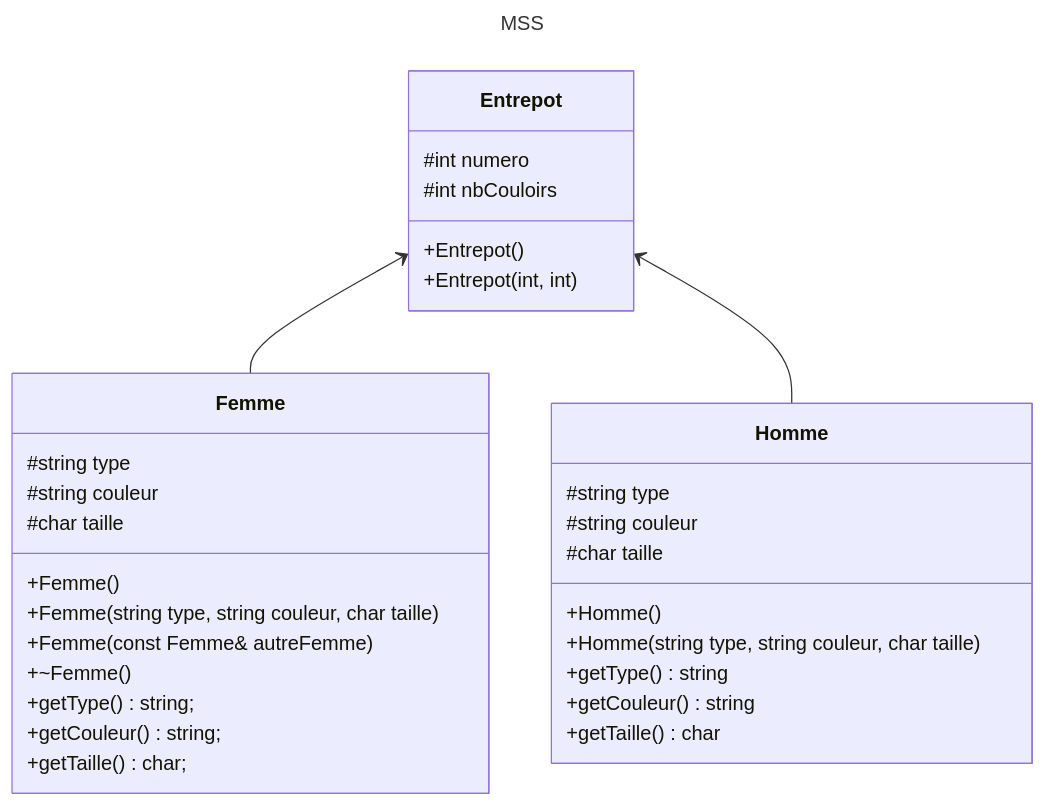
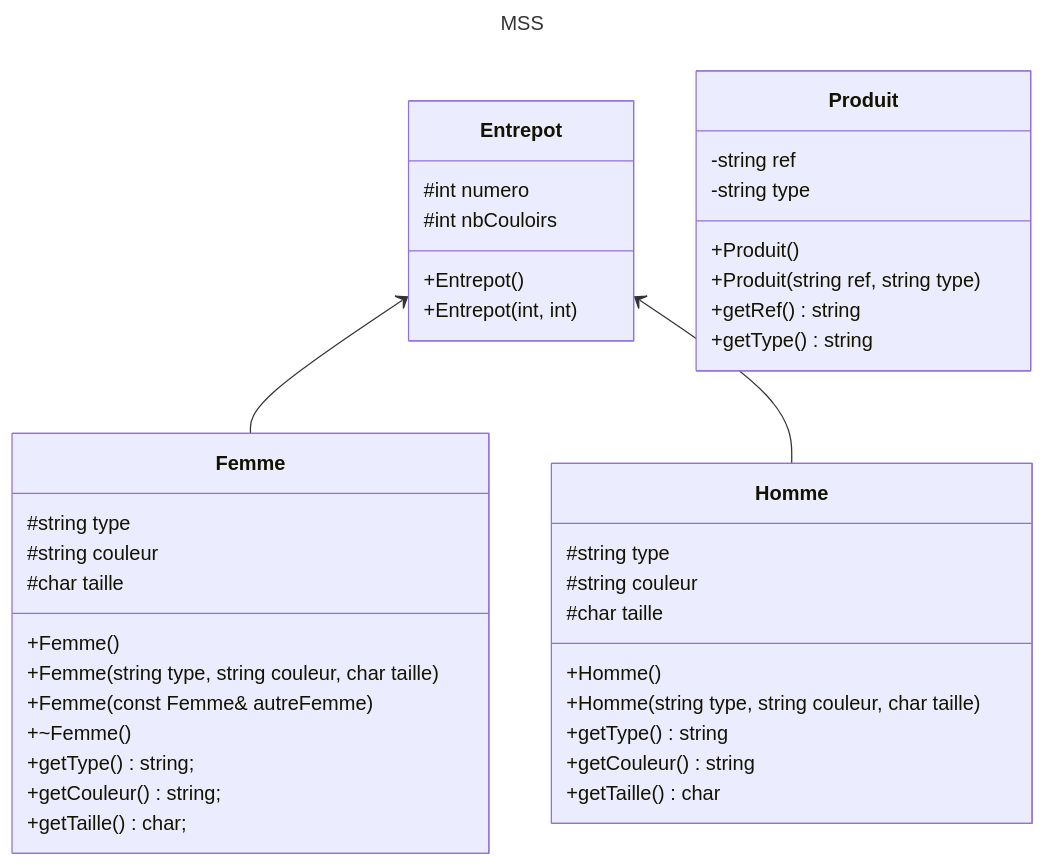
The diagram in stock.md (miriafassarella/projetSession), drawn with Mermaid before and after one commit.

````diff
--- a/stock.md
+++ b/stock.md
@@ -1,40 +1,50 @@
 ```mermaid
 ---
 title: MSS
 ---
 classDiagram
 
 class Entrepot{
 #int numero
 #int nbCouloirs
 +Entrepot()
 +Entrepot(int, int)
 }
 
 class Femme{
 #string type
 #string couleur
 #char taille
 +Femme()
 +Femme(string type, string couleur, char taille)
 +Femme(const Femme& autreFemme)
 +~Femme()
 +getType() string;
 +getCouleur() string;
 +getTaille() char;
 }
 
 class Homme{
 #string type
 #string couleur
 #char taille
 +Homme()
 +Homme(string type, string couleur, char taille)
 +getType() string
 +getCouleur() string
 +getTaille() char
 }
 
+class Produit{
+-string ref
+-string type
++Produit()
++Produit(string ref, string type)
++getRef() string
++getType() string
+
+}
+
 Entrepot <-- Femme
 Entrepot <--Homme
 ```
````
